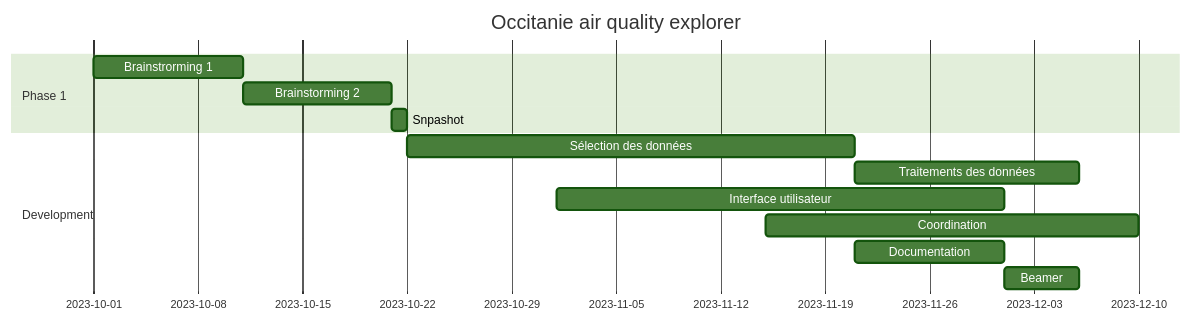
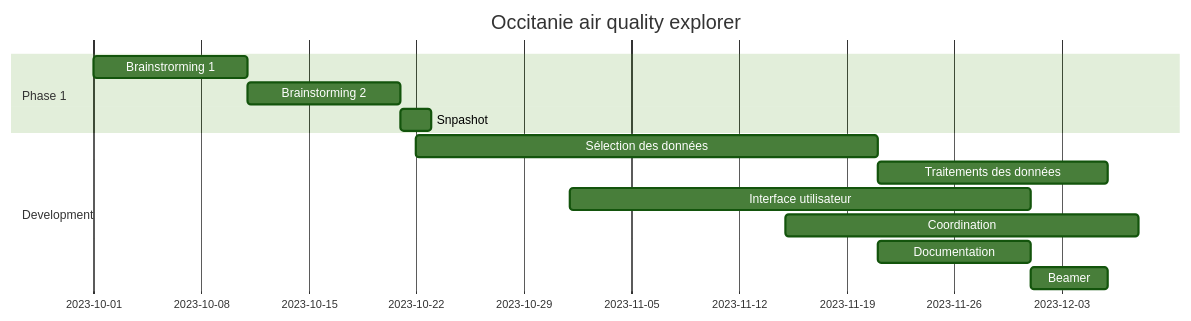
The third of 3 diagrams in README.qmd (Thiziriinfo/HAX712X_group5_project), drawn with Mermaid (forest theme) before and after one commit. The commit also changed 1 other file, not shown here.

````diff
--- a/README.qmd
+++ b/README.qmd
@@ -57,16 +57,16 @@
 ```{mermaid}
 gantt
     title Occitanie air quality explorer
     dateFormat YYYY-MM-DD
     section Phase 1
         Brainstrorming 1 :a1, 2023-10-01, 10d
         Brainstorming 2  :after a1, 10d
-        Snpashot : 2023-10-22
+        Snpashot : 2023-10-23
     section Development
         Sélection des données : a2, 2023-10-22, 30d
         Traitements des données : after a2, 15d
         Interface utilisateur   : 2023-11-01, 30d
-        Coordination : 2023-11-15 , 25d
+        Coordination : 2023-11-15 , 23d
         Documentation : a3, after a2 , 10d
         Beamer : after a3, 5d
 ```
````
